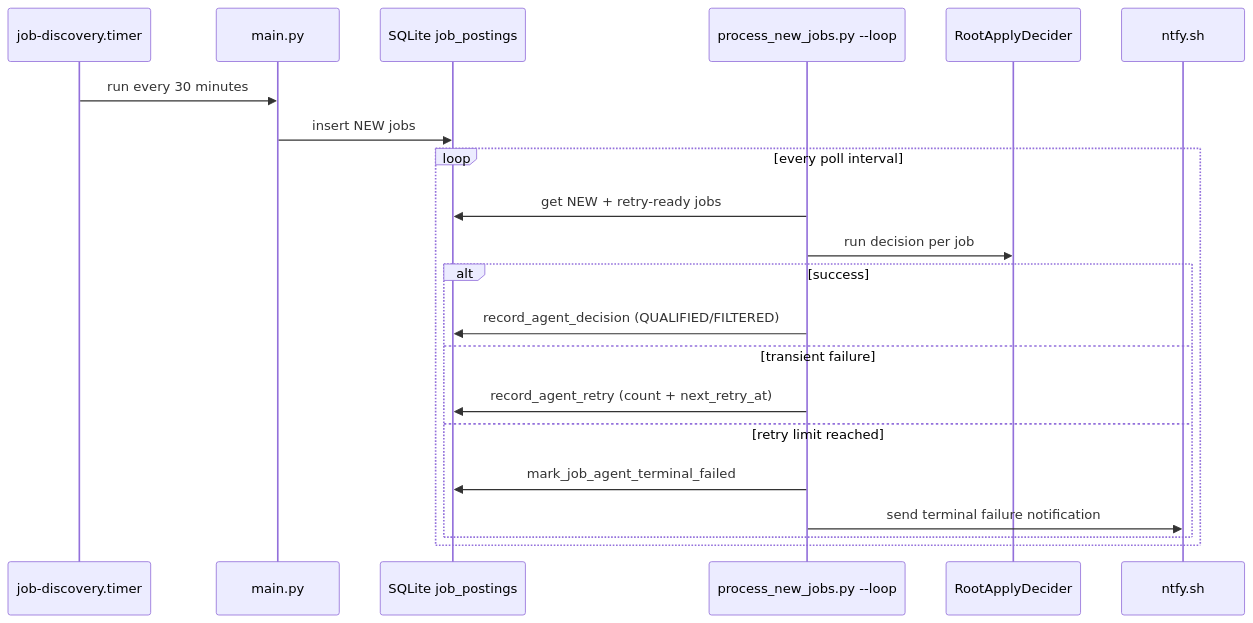
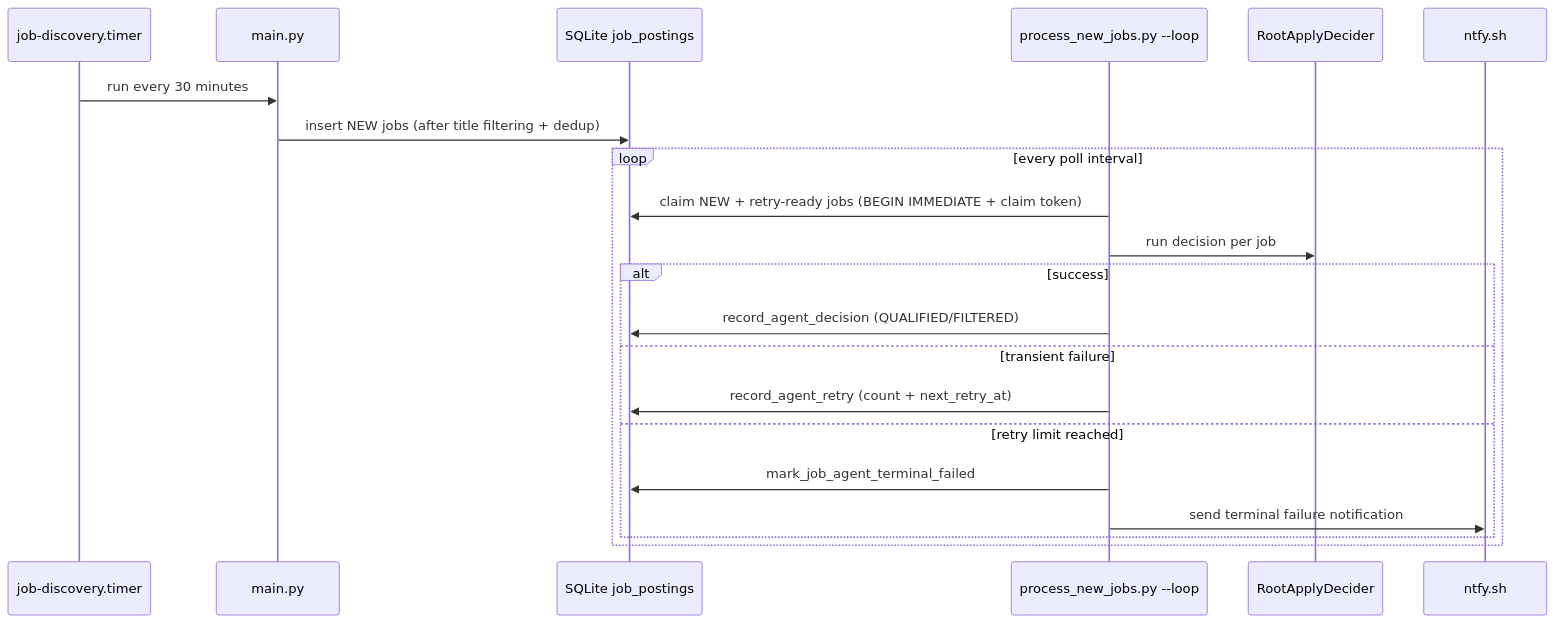
The first of 5 diagrams in .aqa/spec/workflows.md (joeyspagnoli/agentic-job-applier), drawn with Mermaid before and after one commit. The commit also changed other lines of this file and 10 other files, not shown here.

````diff
--- a/.aqa/spec/workflows.md
+++ b/.aqa/spec/workflows.md
@@ -4,24 +4,24 @@
 ```mermaid
 sequenceDiagram
     participant Timer as job-discovery.timer
     participant Discovery as main.py
     participant DB as SQLite job_postings
     participant Worker as process_new_jobs.py --loop
     participant Gate as RootApplyDecider
     participant Alert as ntfy.sh
 
     Timer->>Discovery: run every 30 minutes
-    Discovery->>DB: insert NEW jobs
+    Discovery->>DB: insert NEW jobs (after title filtering + dedup)
     loop every poll interval
-        Worker->>DB: get NEW + retry-ready jobs
+        Worker->>DB: claim NEW + retry-ready jobs (BEGIN IMMEDIATE + claim token)
         Worker->>Gate: run decision per job
         alt success
             Worker->>DB: record_agent_decision (QUALIFIED/FILTERED)
         else transient failure
             Worker->>DB: record_agent_retry (count + next_retry_at)
         else retry limit reached
             Worker->>DB: mark_job_agent_terminal_failed
             Worker->>Alert: send terminal failure notification
         end
     end
 ```
````
